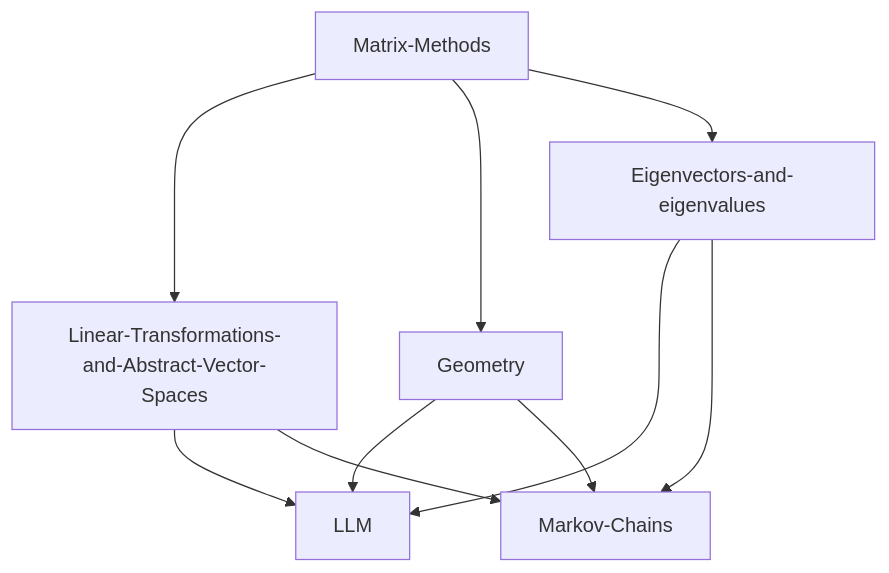
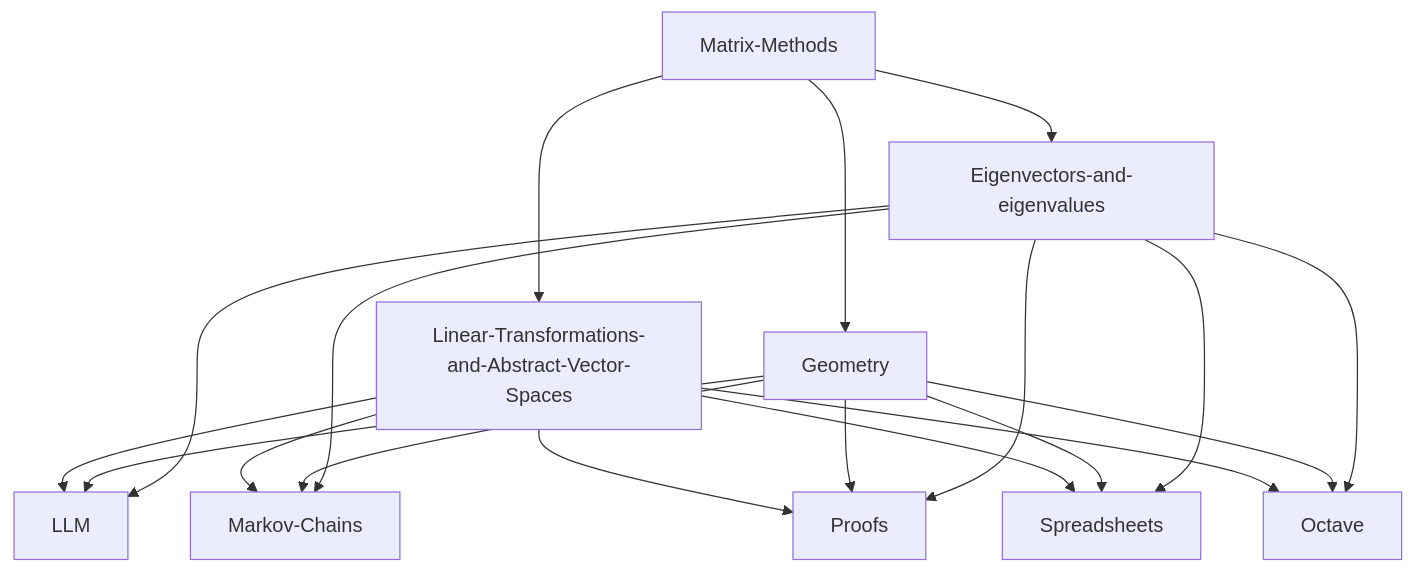
The diagram in README.md (mooculus/la-carte), drawn with Mermaid before and after one commit. The commit also changed 2 other files, not shown here.

````diff
--- a/README.md
+++ b/README.md
@@ -7,13 +7,28 @@
 ```mermaid
   graph TD;
 	  Matrix-Methods --> Linear-Transformations-and-Abstract-Vector-Spaces;
 	  Matrix-Methods --> Geometry;
 	  Matrix-Methods --> Eigenvectors-and-eigenvalues;
 	  Linear-Transformations-and-Abstract-Vector-Spaces --> LLM;
 	  Geometry --> LLM;
 	  Eigenvectors-and-eigenvalues ---> LLM;
 	  Linear-Transformations-and-Abstract-Vector-Spaces --> Markov-Chains;
 	  Geometry --> Markov-Chains;
 	  Eigenvectors-and-eigenvalues ---> Markov-Chains;
+	  
+	  Linear-Transformations-and-Abstract-Vector-Spaces --> Proofs;
+	  Geometry --> Proofs;
+	  Eigenvectors-and-eigenvalues ---> Proofs;
+	  
+	  Linear-Transformations-and-Abstract-Vector-Spaces --> Spreadsheets;
+	  Geometry --> Spreadsheets;
+	  Eigenvectors-and-eigenvalues ---> Spreadsheets;
+	  
+	  
+	   Linear-Transformations-and-Abstract-Vector-Spaces --> Octave;
+	  Geometry --> Octave;
+	  Eigenvectors-and-eigenvalues ---> Octave;
+	  
+	  
 
 ```
````
